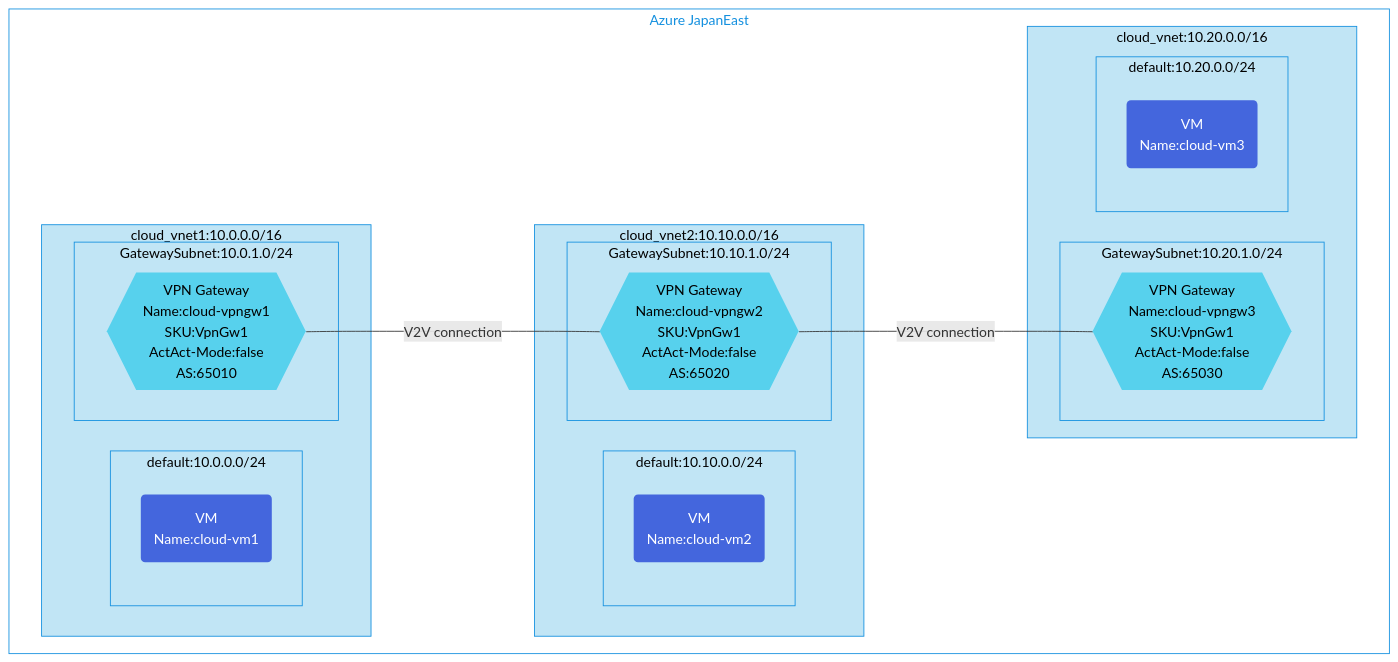
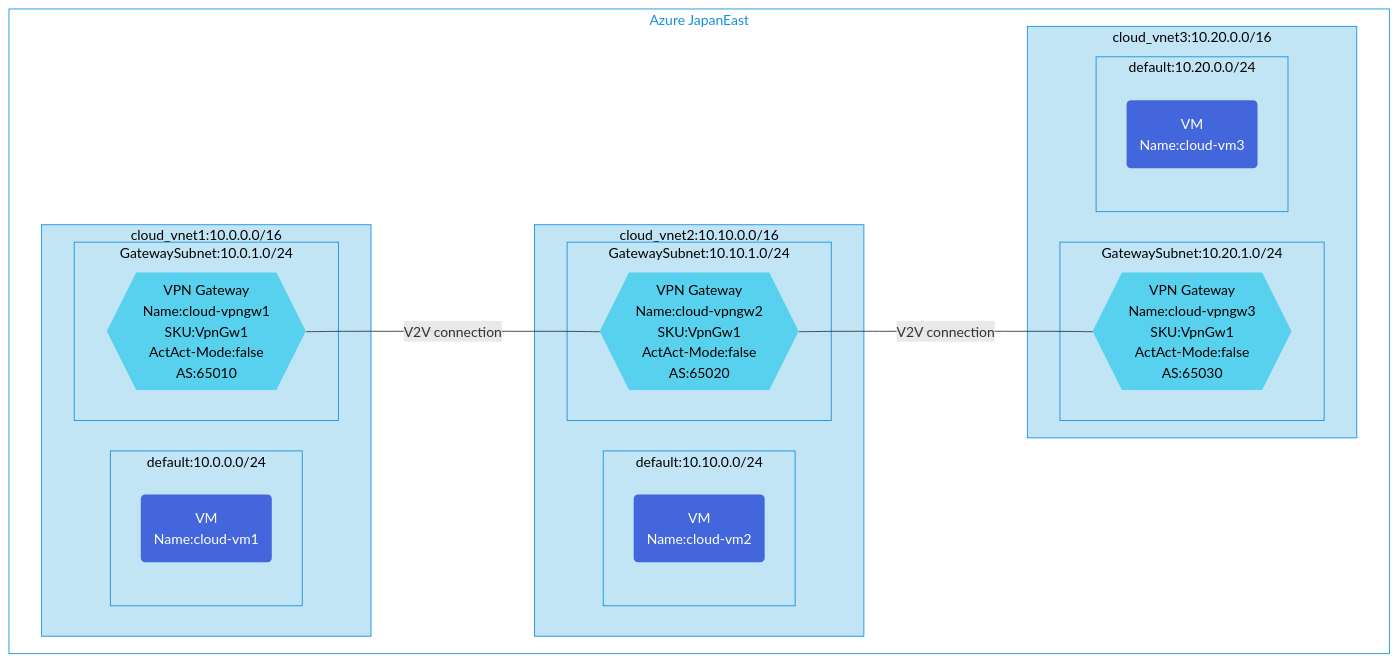
Before and after one commit to toizumi03/bicep-templates: the diagram in s2s-single-vpn-bgp-using-v2v-connction-3vnet-transition/README.md, drawn with Mermaid. The commit also changed other lines of this file, not shown here.

Commit message:
Update s2s-single-vpn-bgp-using-v2v-connction-3vnet-transition README.md

````diff
--- a/s2s-single-vpn-bgp-using-v2v-connction-3vnet-transition/README.md
+++ b/s2s-single-vpn-bgp-using-v2v-connction-3vnet-transition/README.md
@@ -3,49 +4,49 @@
 ```mermaid
 graph TB;
 %% Groups and Services
 subgraph GR1[Azure JapanEast]
   subgraph GV1[cloud_vnet1:10.0.0.0/16]
       subgraph GVS1[GatewaySubnet:10.0.1.0/24]
         VPNGW1{{"VPN Gateway<br/>Name:cloud-vpngw1<br/>SKU:VpnGw1<br/>ActAct-Mode:false<br/>AS:65010"}}
       end
       subgraph GVS2[default:10.0.0.0/24]
         CP1("VM<br/>Name:cloud-vm1")
       end
 end
   subgraph GV2[cloud_vnet2:10.10.0.0/16]
       subgraph GVS3[GatewaySubnet:10.10.1.0/24]
         VPNGW2{{"VPN Gateway<br/>Name:cloud-vpngw2<br/>SKU:VpnGw1<br/>ActAct-Mode:false<br/>AS:65020"}}
       end
       subgraph GVS4[default:10.10.0.0/24]
         CP2("VM<br/>Name:cloud-vm2")
       end
 end
-  subgraph GV3[cloud_vnet:10.20.0.0/16]
+  subgraph GV3[cloud_vnet3:10.20.0.0/16]
       subgraph GVS5[GatewaySubnet:10.20.1.0/24]
         VPNGW3{{"VPN Gateway<br/>Name:cloud-vpngw3<br/>SKU:VpnGw1<br/>ActAct-Mode:false<br/>AS:65030"}}
       end
       subgraph GVS6[default:10.20.0.0/24]
         CP3("VM<br/>Name:cloud-vm3")
       end
 end
 end
 
 %% Relation for resources
 VPNGW1 --V2V connection--- VPNGW2
 VPNGW2 --V2V connection--- VPNGW3
 
 %% Groups style
 classDef GSR fill:#fff,color:#1490df,stroke:#1490df
 class GR1 GSR
 
 classDef SGV1 fill:#c1e5f5,color:#000,stroke:#1490df
 class GV1,GV2,GV3,GVS1,GVS2,GVS3,GVS4,GVS5,GVS6 SGV1
  
 %% Service Style
 classDef SCP fill:#4466dd,color:#fff,stroke:none
 class CP1,CP2,CP3 SCP
 
 classDef SVPNGW fill:#57d1ed,color:#000,stroke:none
 class VPNGW1,VPNGW2,VPNGW3 SVPNGW
 
 ```
````
